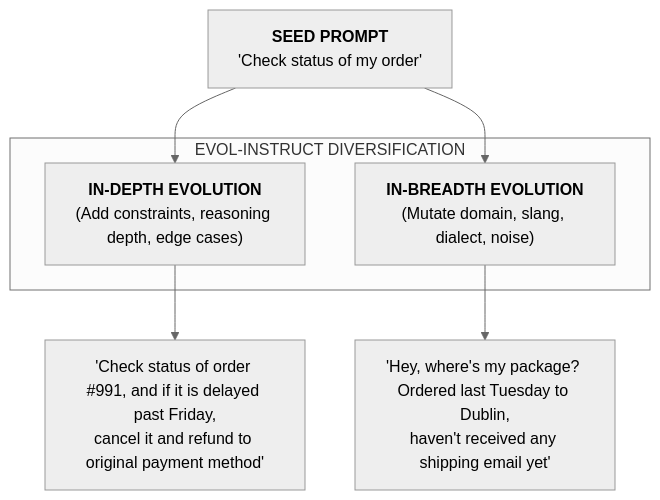
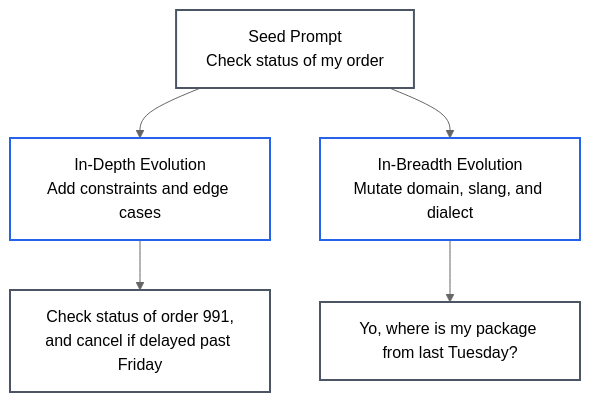
The second of 3 diagrams in 06-evals-and-observability/04-evaluation-datasets-and-synthetic-data-curation.md (dip4k/senior-engineer-to-ai-engineer-roadmap), drawn with Mermaid (neutral theme) before and after one commit. The commit also changed other lines of this file and 10 other files, not shown here.

````diff
--- a/06-evals-and-observability/04-evaluation-datasets-and-synthetic-data-curation.md
+++ b/06-evals-and-observability/04-evaluation-datasets-and-synthetic-data-curation.md
@@ -99,15 +109,14 @@
 ```mermaid
 flowchart TD
-    Seed["<b>SEED PROMPT</b><br/>'Check status of my order'"]
+    Seed["Seed Prompt<br/>Check status of my order"]
     
-    subgraph Evolutions["EVOL-INSTRUCT DIVERSIFICATION"]
-        Depth["<b>IN-DEPTH EVOLUTION</b><br/>(Add constraints, reasoning depth, edge cases)"]
-        Breadth["<b>IN-BREADTH EVOLUTION</b><br/>(Mutate domain, slang, dialect, noise)"]
-    end
+    Seed --> Depth["In-Depth Evolution<br/>Add constraints and edge cases"]
+    Seed --> Breadth["In-Breadth Evolution<br/>Mutate domain, slang, and dialect"]
     
-    Seed --> Depth
-    Seed --> Breadth
-    
-    Depth --> ExDepth["'Check status of order #991, and if it is delayed past Friday,<br/>cancel it and refund to original payment method'"]
-    Breadth --> ExBreadth["'Hey, where's my package? Ordered last Tuesday to Dublin,<br/>haven't received any shipping email yet'"]
+    Depth --> ExDepth["Check status of order 991,<br/>and cancel if delayed past Friday"]
+    Breadth --> ExBreadth["Yo, where is my package from last Tuesday?"]
+
+    classDef default stroke:#4b5563,stroke-width:2px,fill:none;
+    classDef evol stroke:#2563eb,stroke-width:2px,fill:none;
+    class Depth,Breadth evol;
 ```
````
